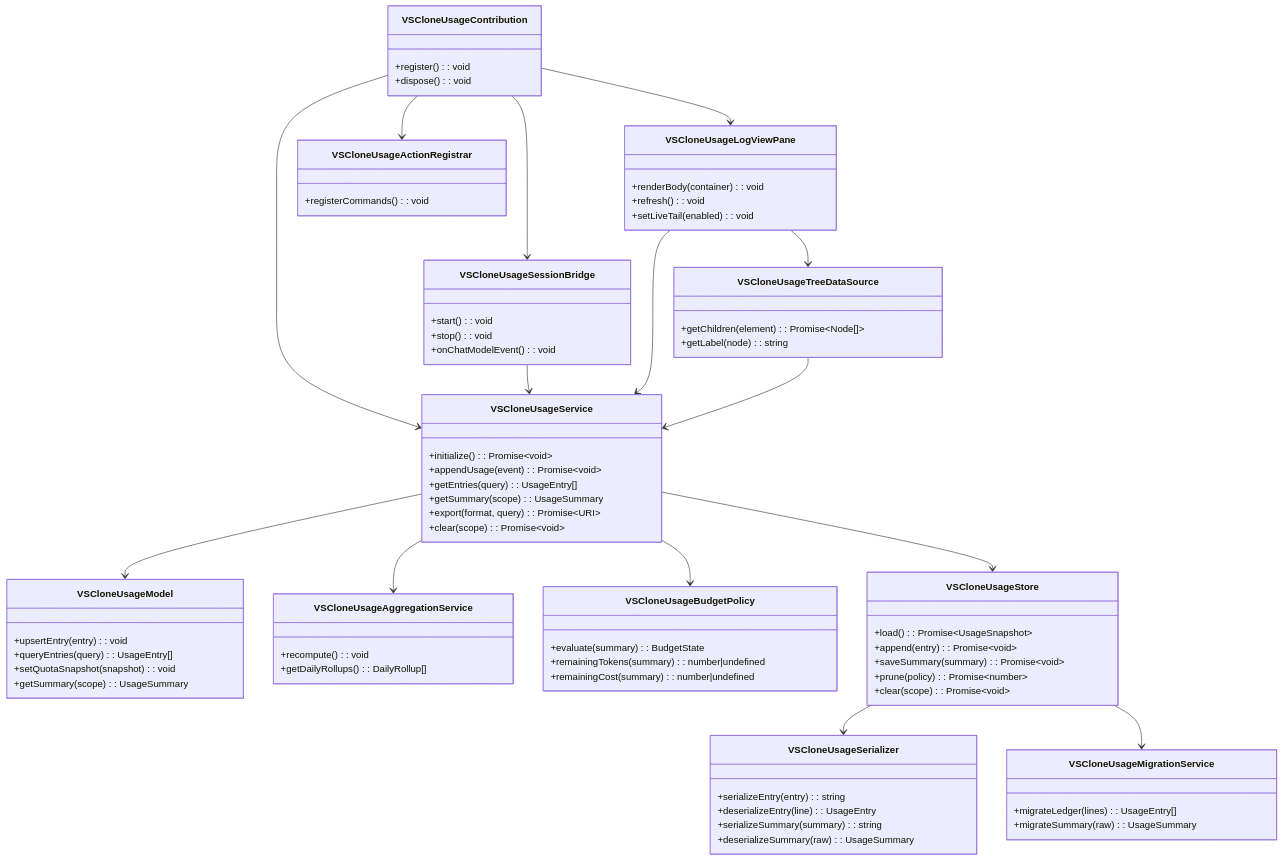
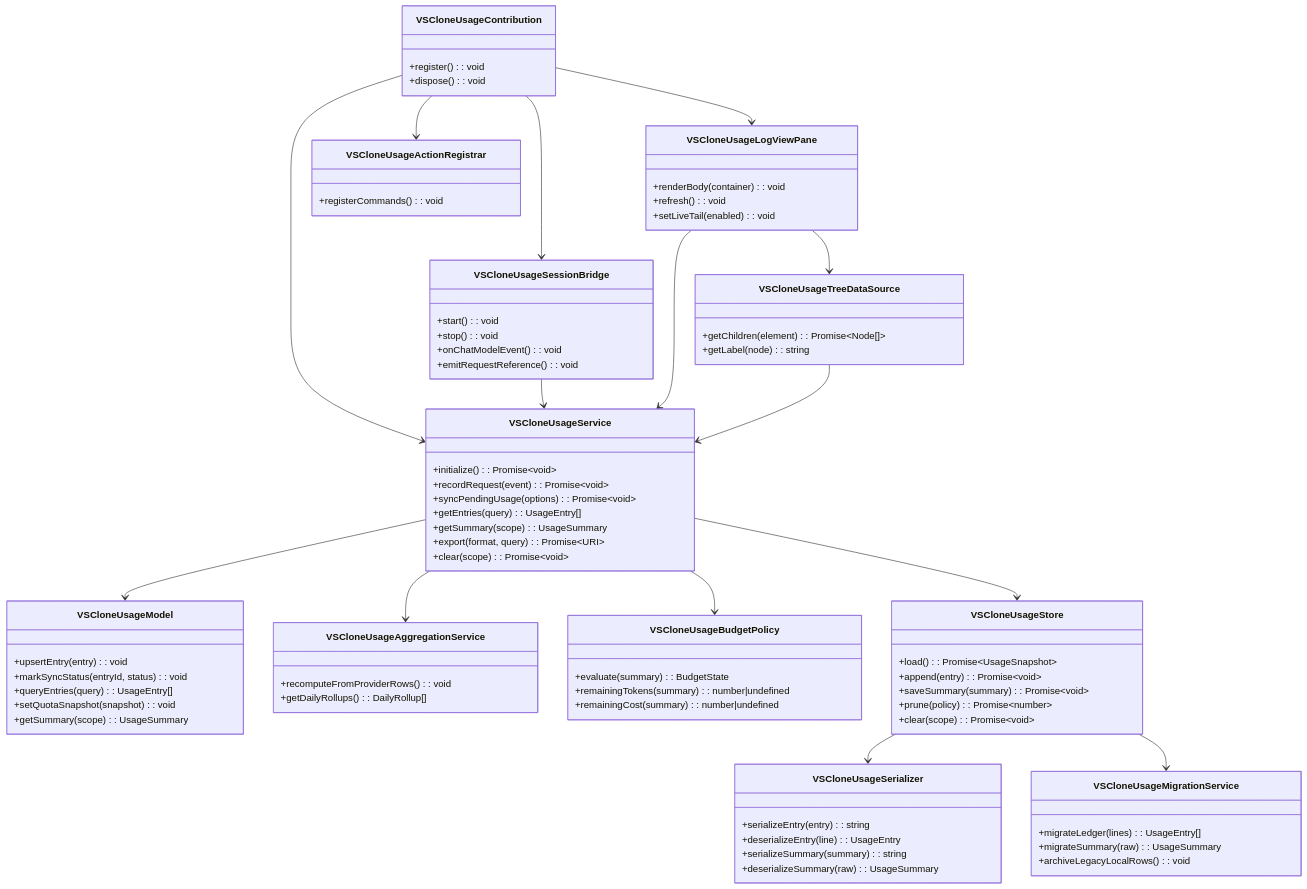
One commit to BrandonHowe/cs485-llm-ide changed the diagram in cs485/diagrams/userstory2/class-diagram-1.mmd. Above: the diagram before and after it, drawn with Mermaid. The commit also changed 15 other files, not shown here.

```diff
--- a/cs485/diagrams/userstory2/class-diagram-1.mmd
+++ b/cs485/diagrams/userstory2/class-diagram-1.mmd
@@ -1,91 +1,95 @@
 classDiagram
 class VSCloneUsageContribution {
   +register(): void
   +dispose(): void
 }
 
 class VSCloneUsageSessionBridge {
   +start(): void
   +stop(): void
   +onChatModelEvent(): void
+  +emitRequestReference(): void
 }
 
 class VSCloneUsageService {
   +initialize(): Promise~void~
-  +appendUsage(event): Promise~void~
+  +recordRequest(event): Promise~void~
+  +syncPendingUsage(options): Promise~void~
   +getEntries(query): UsageEntry[]
   +getSummary(scope): UsageSummary
   +export(format, query): Promise~URI~
   +clear(scope): Promise~void~
 }
 
 class VSCloneUsageModel {
   +upsertEntry(entry): void
+  +markSyncStatus(entryId, status): void
   +queryEntries(query): UsageEntry[]
   +setQuotaSnapshot(snapshot): void
   +getSummary(scope): UsageSummary
 }
 
 class VSCloneUsageAggregationService {
-  +recompute(): void
+  +recomputeFromProviderRows(): void
   +getDailyRollups(): DailyRollup[]
 }
 
 class VSCloneUsageBudgetPolicy {
   +evaluate(summary): BudgetState
   +remainingTokens(summary): number|undefined
   +remainingCost(summary): number|undefined
 }
 
 class VSCloneUsageStore {
   +load(): Promise~UsageSnapshot~
   +append(entry): Promise~void~
   +saveSummary(summary): Promise~void~
   +prune(policy): Promise~number~
   +clear(scope): Promise~void~
 }
 
 class VSCloneUsageSerializer {
   +serializeEntry(entry): string
   +deserializeEntry(line): UsageEntry
   +serializeSummary(summary): string
   +deserializeSummary(raw): UsageSummary
 }
 
 class VSCloneUsageMigrationService {
   +migrateLedger(lines): UsageEntry[]
   +migrateSummary(raw): UsageSummary
+  +archiveLegacyLocalRows(): void
 }
 
 class VSCloneUsageLogViewPane {
   +renderBody(container): void
   +refresh(): void
   +setLiveTail(enabled): void
 }
 
 class VSCloneUsageTreeDataSource {
   +getChildren(element): Promise~Node[]~
   +getLabel(node): string
 }
 
 class VSCloneUsageActionRegistrar {
   +registerCommands(): void
 }
 
 VSCloneUsageContribution --> VSCloneUsageSessionBridge
 VSCloneUsageContribution --> VSCloneUsageService
 VSCloneUsageContribution --> VSCloneUsageLogViewPane
 VSCloneUsageContribution --> VSCloneUsageActionRegistrar
 
 VSCloneUsageSessionBridge --> VSCloneUsageService
 VSCloneUsageService --> VSCloneUsageModel
 VSCloneUsageService --> VSCloneUsageAggregationService
 VSCloneUsageService --> VSCloneUsageBudgetPolicy
 VSCloneUsageService --> VSCloneUsageStore
 
 VSCloneUsageStore --> VSCloneUsageSerializer
 VSCloneUsageStore --> VSCloneUsageMigrationService
 
 VSCloneUsageLogViewPane --> VSCloneUsageService
 VSCloneUsageLogViewPane --> VSCloneUsageTreeDataSource
 VSCloneUsageTreeDataSource --> VSCloneUsageService
```
